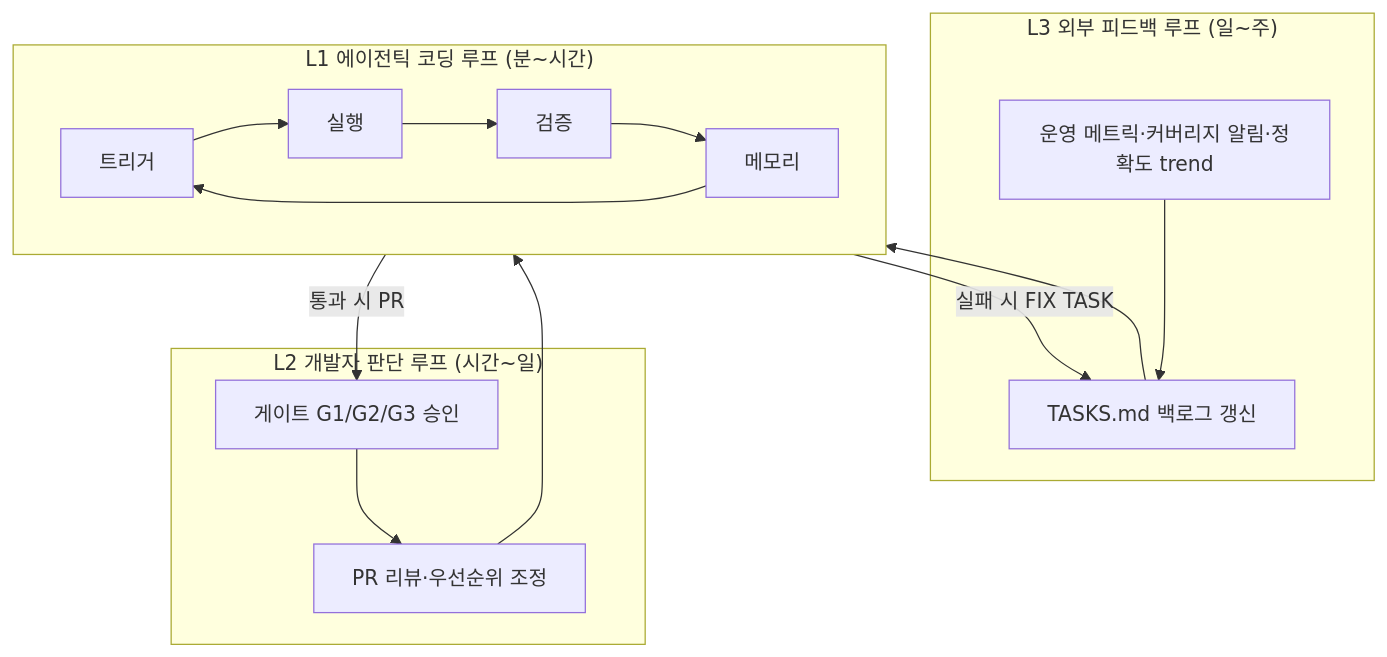
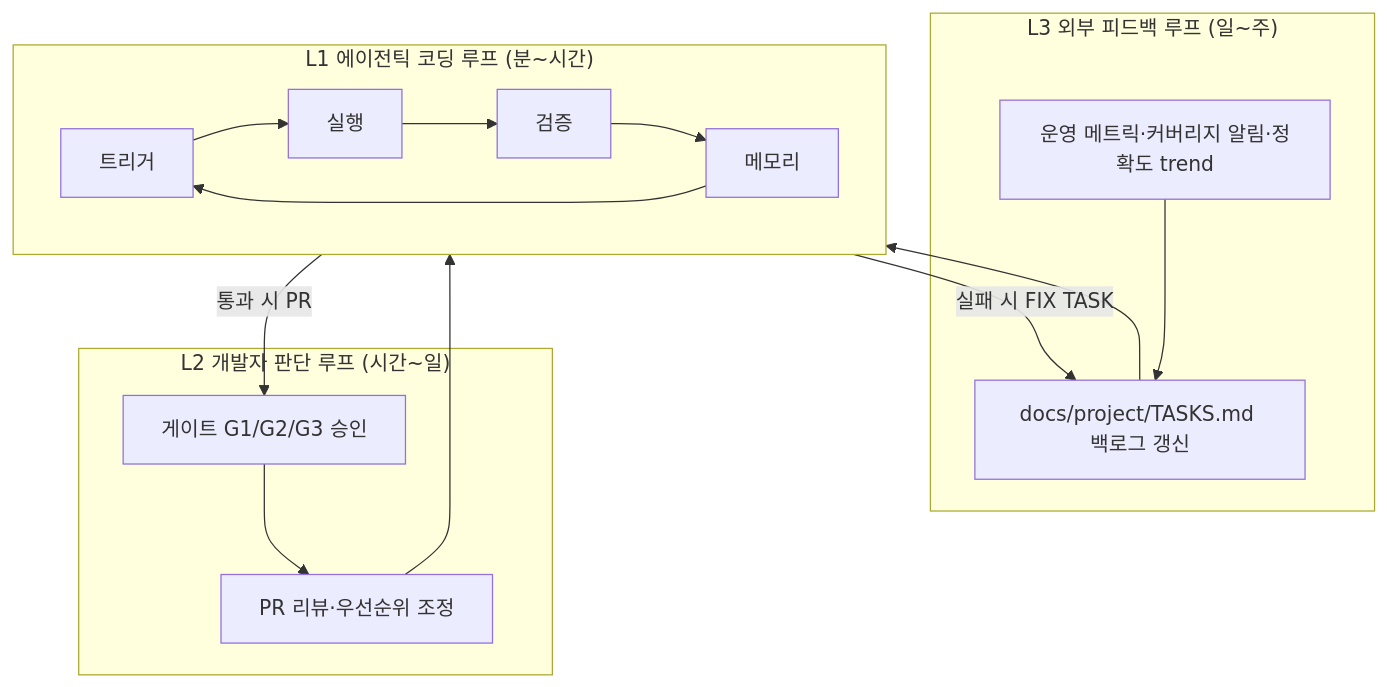
Before and after one commit to pds2225/mail: the diagram in docs/AUTO_DEV_LOOP_ENGINEERING.md, drawn with Mermaid. The commit also changed other lines of this file and 184 other files, not shown here.

````diff
--- a/docs/AUTO_DEV_LOOP_ENGINEERING.md
+++ b/docs/AUTO_DEV_LOOP_ENGINEERING.md
@@ -33,27 +33,27 @@
 ```mermaid
 flowchart TB
   subgraph L3["L3 외부 피드백 루프 (일~주)"]
     M[운영 메트릭·커버리지 알림·정확도 trend]
-    T[TASKS.md 백로그 갱신]
+    T[docs/project/TASKS.md 백로그 갱신]
     M --> T
   end
 
   subgraph L2["L2 개발자 판단 루프 (시간~일)"]
     G[게이트 G1/G2/G3 승인]
     P[PR 리뷰·우선순위 조정]
     G --> P
   end
 
   subgraph L1["L1 에이전틱 코딩 루프 (분~시간)"]
   direction LR
     TR[트리거] --> EX[실행]
     EX --> VE[검증]
     VE --> ME[메모리]
     ME --> TR
   end
 
   T --> TR
   VE -->|실패 시 FIX TASK| T
   VE -->|통과 시 PR| G
   P --> TR
 ```
````
